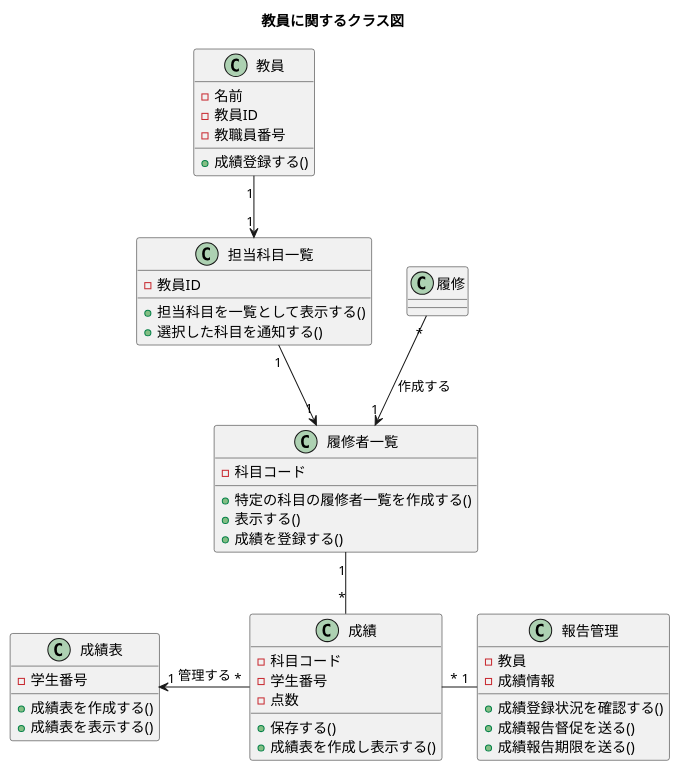
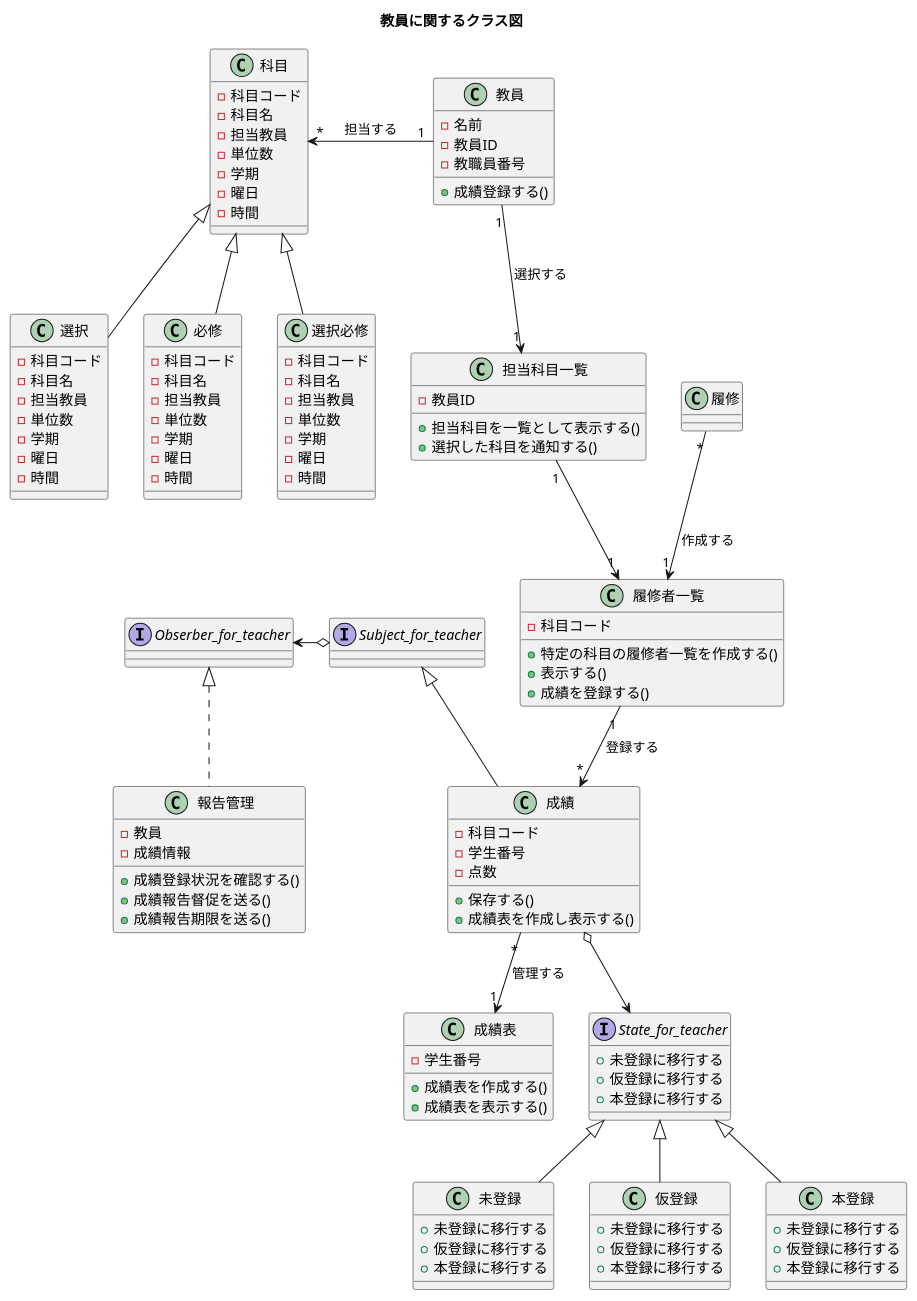
One commit to tanusai646/software-desine changed the diagram in uml/15/class2/class4.puml. Above: the diagram before and after it, drawn with PlantUML. The commit also changed 22 other files, not shown here.

```diff
--- a/uml/15/class2/class4.puml
+++ b/uml/15/class2/class4.puml
@@ -1,54 +1,139 @@
-@startuml 9-3
+@startuml 8-4
 title 教員に関するクラス図
 '教員に関連するクラス'
 
 class 教員{
     - 名前
     - 教員ID
     - 教職員番号
     + 成績登録する()
+}
+
+class 科目{
+    - 科目コード
+    - 科目名
+    - 担当教員
+    - 単位数
+    - 学期
+    - 曜日
+    - 時間
+}
+
+class 必修{
+    - 科目コード
+    - 科目名
+    - 担当教員
+    - 単位数
+    - 学期
+    - 曜日
+    - 時間
+}
+
+class 選択必修{
+    - 科目コード
+    - 科目名
+    - 担当教員
+    - 単位数
+    - 学期
+    - 曜日
+    - 時間  
+}
+
+class 選択{
+    - 科目コード
+    - 科目名
+    - 担当教員
+    - 単位数
+    - 学期
+    - 曜日
+    - 時間
 }
 
 class 担当科目一覧{
     - 教員ID
     + 担当科目を一覧として表示する()
     + 選択した科目を通知する()
 }
 
 class 成績 {
     - 科目コード
     - 学生番号
     - 点数
     + 保存する()
     + 成績表を作成し表示する()
 }
 
 class 成績表 {
     - 学生番号
     + 成績表を作成する()
     + 成績表を表示する()
 }
 
 class 報告管理 {
     - 教員
     - 成績情報
     + 成績登録状況を確認する()
     + 成績報告督促を送る()
     + 成績報告期限を送る()
 }
 
 class 履修者一覧 {
     - 科目コード
     + 特定の科目の履修者一覧を作成する()
     + 表示する()
     + 成績を登録する()
 }
 
-教員 "1"-->"1" 担当科目一覧
-担当科目一覧 "1"-->"1" 履修者一覧
+class 未登録{
+    + 未登録に移行する
+    + 仮登録に移行する
+    + 本登録に移行する
+}
+
+class 仮登録{
+    + 未登録に移行する
+    + 仮登録に移行する
+    + 本登録に移行する
+}
+
+class 本登録{
+    + 未登録に移行する
+    + 仮登録に移行する
+    + 本登録に移行する
+}
+
+interface Obserber_for_teacher{
+
+}
+
+interface Subject_for_teacher{
+
+}
+
+interface State_for_teacher {
+    + 未登録に移行する
+    + 仮登録に移行する
+    + 本登録に移行する
+}
+
+教員 "1"-->"1" 担当科目一覧 : 選択する
+教員 "1"-left->"*" 科目 : 担当する
+担当科目一覧 "1"-->"1" 履修者一覧 
 履修 "*"-->"1" 履修者一覧 : 作成する
-履修者一覧 "1"--"*" 成績
-成績 "*"-left->"1" 成績表 : 管理する
-成績 "*"-right-"1" 報告管理
+履修者一覧 "1"-->"*" 成績 : 登録する
+成績 "*"-->"1" 成績表 : 管理する
+
+科目 <|-- 必修
+科目 <|-- 選択必修
+科目 <|-- 選択
+
+Obserber_for_teacher <-right-o Subject_for_teacher
+Obserber_for_teacher <|.. 報告管理
+Subject_for_teacher <|-- 成績
+
+成績 o--> State_for_teacher
+State_for_teacher <|-- 未登録
+State_for_teacher <|-- 仮登録
+State_for_teacher <|-- 本登録
 
 @enduml
```
